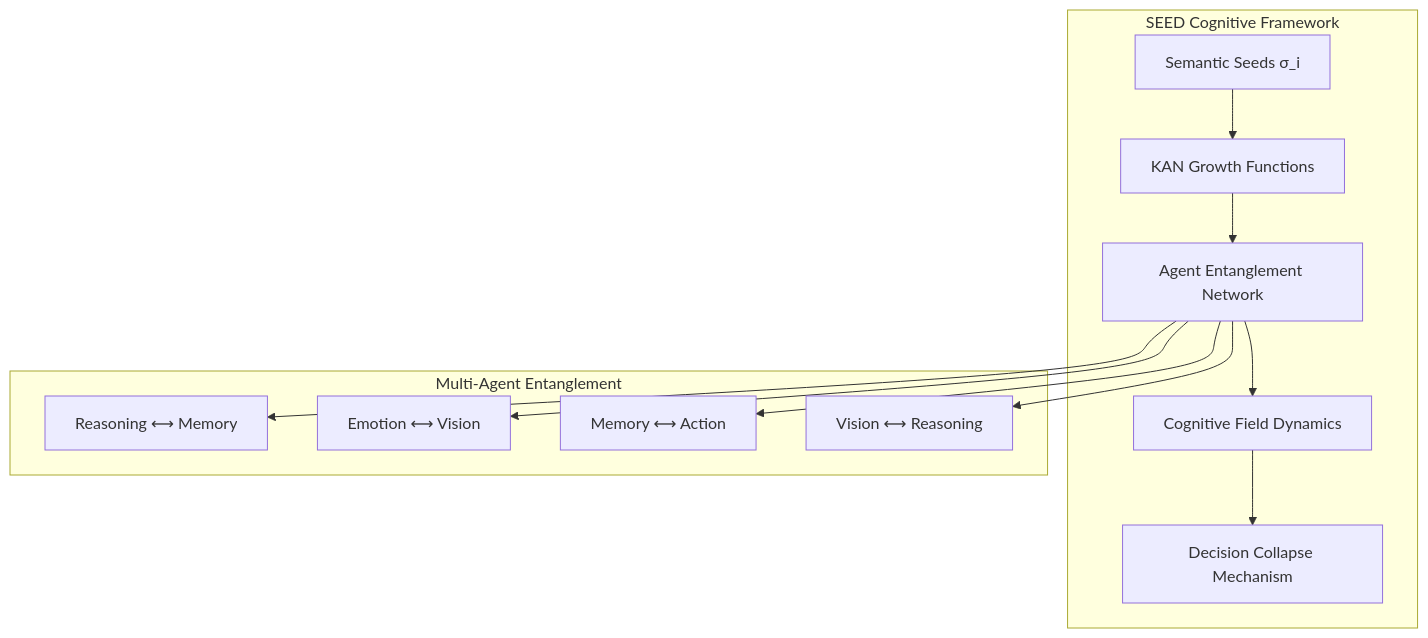
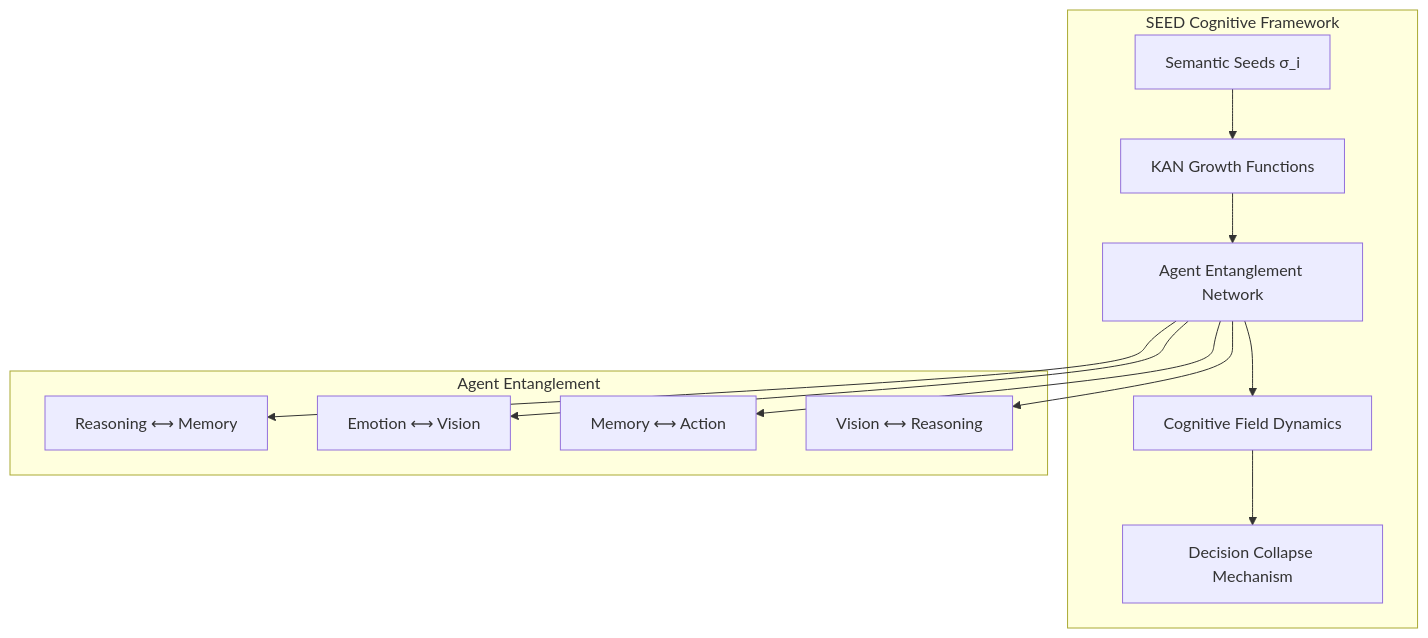
Before and after one commit to Organica-Ai-Solutions/NIS_Protocol: the second of 3 diagrams in docs/NIS_PROTOCOL_V4_V5_V6_BLUEPRINT.md, drawn with Mermaid. The commit also changed other lines of this file and 37 other files, not shown here.

````diff
--- a/docs/NIS_PROTOCOL_V4_V5_V6_BLUEPRINT.md
+++ b/docs/NIS_PROTOCOL_V4_V5_V6_BLUEPRINT.md
@@ -135,21 +135,21 @@
 ```mermaid
 graph TB
     subgraph "SEED Cognitive Framework"
         A[Semantic Seeds σ_i] --> B[KAN Growth Functions]
         B --> C[Agent Entanglement Network]
         C --> D[Cognitive Field Dynamics]
         D --> E[Decision Collapse Mechanism]
     end
     
-    subgraph "Multi-Agent Entanglement"
+    subgraph "Agent Entanglement"
         F[Reasoning ⟷ Memory]
         G[Emotion ⟷ Vision] 
         H[Memory ⟷ Action]
         I[Vision ⟷ Reasoning]
     end
     
     C --> F
     C --> G
     C --> H
     C --> I
 ```
````
